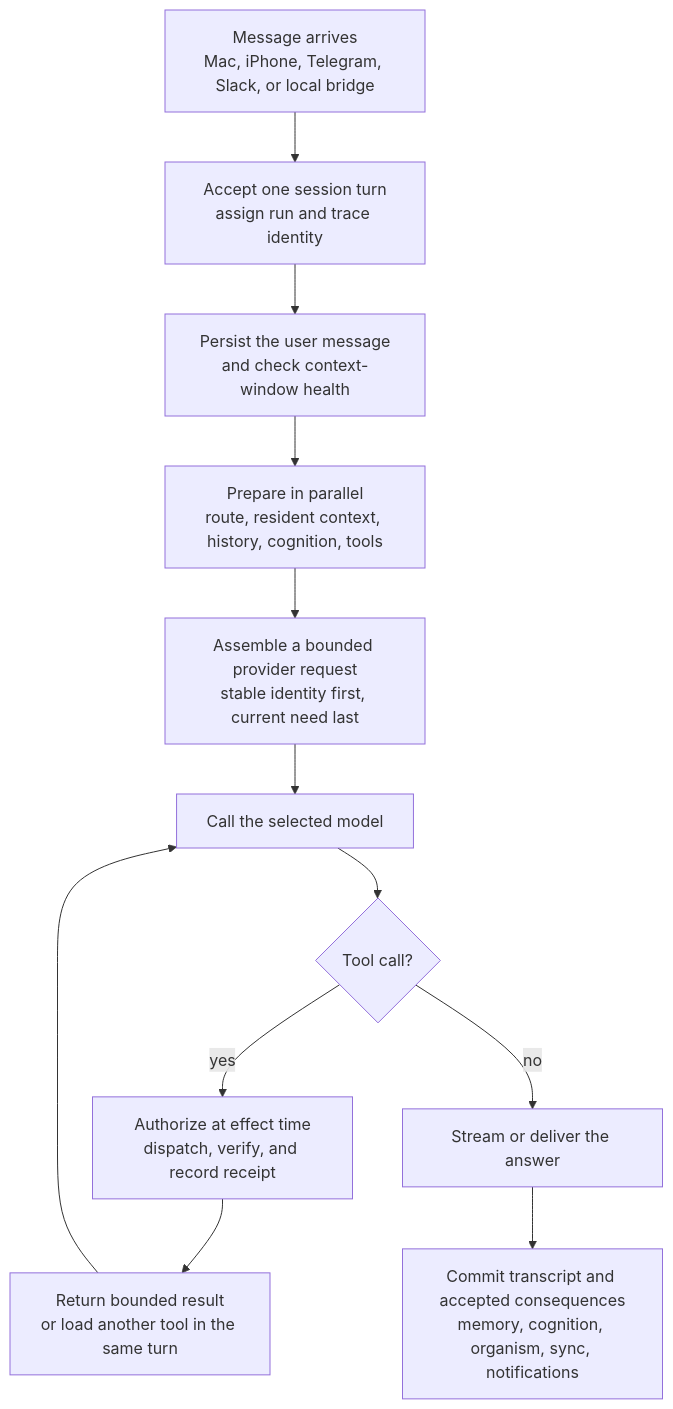
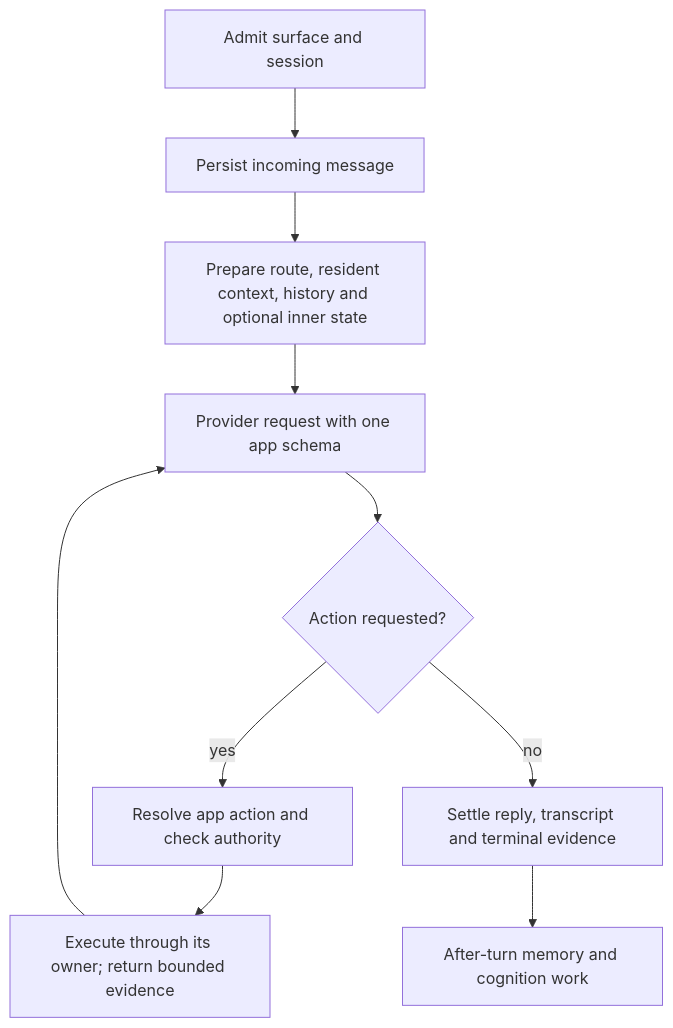
One commit to embwl0x/native-agent changed the diagram in docs/ANATOMY_OF_A_TURN.md. Above: the diagram before and after it, drawn with Mermaid. The commit also changed other lines of this file and 1186 other files, not shown here.

````diff
--- a/docs/ANATOMY_OF_A_TURN.md
+++ b/docs/ANATOMY_OF_A_TURN.md
@@ -69,18 +22,12 @@
 ```mermaid
 flowchart TD
-    A["Message arrives<br/>Mac, iPhone, Telegram, Slack, or local bridge"]
-    B["Accept one session turn<br/>assign run and trace identity"]
-    C["Persist the user message<br/>and check context-window health"]
-    D["Prepare in parallel<br/>route, resident context, history, cognition, tools"]
-    E["Assemble a bounded provider request<br/>stable identity first, current need last"]
-    F["Call the selected model"]
-    G{"Tool call?"}
-    H["Authorize at effect time<br/>dispatch, verify, and record receipt"]
-    I["Return bounded result<br/>or load another tool in the same turn"]
-    J["Stream or deliver the answer"]
-    K["Commit transcript and accepted consequences<br/>memory, cognition, organism, sync, notifications"]
-
-    A --> B --> C --> D --> E --> F --> G
-    G -- "yes" --> H --> I --> F
-    G -- "no" --> J --> K
+    A["Admit surface and session"] --> B["Persist incoming message"]
+    B --> C["Prepare route, resident context, history and optional inner state"]
+    C --> D["Provider request with one app schema"]
+    D --> E{"Action requested?"}
+    E -- "yes" --> F["Resolve app action and check authority"]
+    F --> G["Execute through its owner; return bounded evidence"]
+    G --> D
+    E -- "no" --> H["Settle reply, transcript and terminal evidence"]
+    H --> I["After-turn memory and cognition work"]
 ```
````
